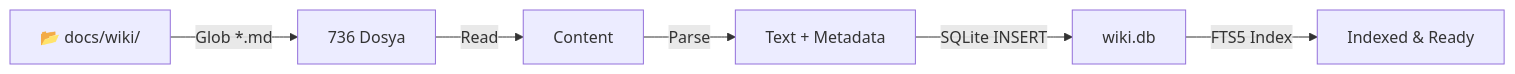
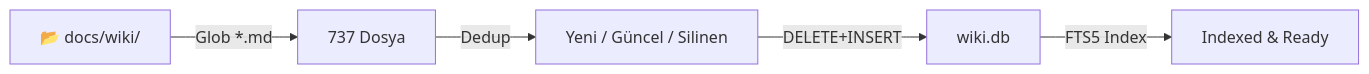
The fourth of 5 diagrams in README.md (tasdeleno/SiberSelma), drawn with Mermaid before and after one commit. The commit also changed other lines of this file, not shown here.

First line of the commit message:
docs: README güncellendi — ingest.py çıktısı, dosya sayısı ve FTS5 sorgu formatı düzeltildi

````diff
--- a/README.md
+++ b/README.md
@@ -192,8 +199,7 @@
 ```mermaid
 graph LR
-    A["📂 docs/wiki/"] -->|Glob *.md| B["736 Dosya"]
-    B -->|Read| C["Content"]
-    C -->|Parse| D["Text + Metadata"]
-    D -->|SQLite INSERT| E["wiki.db"]
-    E -->|FTS5 Index| F["Indexed & Ready"]
+    A["📂 docs/wiki/"] -->|Glob *.md| B["737 Dosya"]
+    B -->|Dedup| C["Yeni / Güncel / Silinen"]
+    C -->|DELETE+INSERT| D["wiki.db"]
+    D -->|FTS5 Index| E["Indexed & Ready"]
 ```
````
